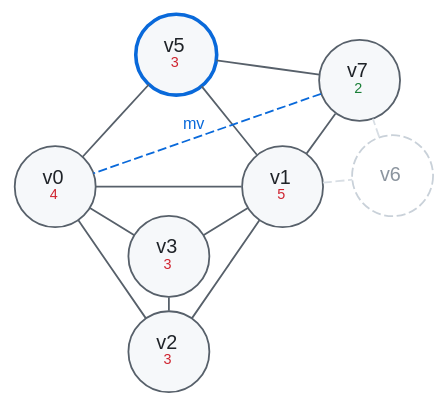
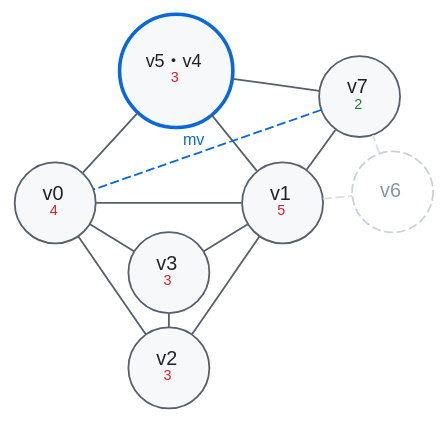
Before and after one commit to aita/CompLab: the diagram in Sable/compiler/doc/figures/wt-3-coalesce.dot, drawn with Graphviz. The commit also changed 8 other files, not shown here.

```diff
--- a/Sable/compiler/doc/figures/wt-3-coalesce.dot
+++ b/Sable/compiler/doc/figures/wt-3-coalesce.dot
@@ -1,37 +1,37 @@
 // One state of the worked example in doc/regalloc.md section 7.  K is 3.
 // The graph, the degrees and the order of the steps all come from
 // tests/walkthrough.exe; nothing here was worked out by hand.
 //
 // The wt-*.dot files share the style block and the pinned positions below;
 // keep them in step, or a node will jump from one panel to the next.
 // Render with ./render.sh (needs graphviz).
 graph wt {
   layout = neato;
   overlap = false;
   splines = true;
   bgcolor = "transparent";
   node [shape = circle, style = filled, fillcolor = "#f6f8fa",
         color = "#57606a", fontcolor = "#1f2328",
         fontname = "Helvetica", fontsize = 11, width = 0.62, fixedsize = true];
   edge [color = "#57606a", dir = none, fontname = "Helvetica", fontsize = 9];
   v0 [label = <v0<BR/><FONT POINT-SIZE="8" COLOR="#cf222e">4</FONT>>, fillcolor = "#f6f8fa", color = "#57606a" pos = "-1.55,0.1!"];
   v1 [label = <v1<BR/><FONT POINT-SIZE="8" COLOR="#cf222e">5</FONT>>, fillcolor = "#f6f8fa", color = "#57606a" pos = "1.55,0.1!"];
   v2 [label = <v2<BR/><FONT POINT-SIZE="8" COLOR="#cf222e">3</FONT>>, fillcolor = "#f6f8fa", color = "#57606a" pos = "0,-2.15!"];
   v3 [label = <v3<BR/><FONT POINT-SIZE="8" COLOR="#cf222e">3</FONT>>, fillcolor = "#f6f8fa", color = "#57606a" pos = "0,-0.85!"];
-  v5 [label = <v5<BR/><FONT POINT-SIZE="8" COLOR="#cf222e">3</FONT>>, fillcolor = "#f6f8fa", color = "#0969da", penwidth = 2 pos = "0.1,1.9!"];
+  v5 [width = 0.88, fontsize = 10, label = <v5・v4<BR/><FONT POINT-SIZE="8" COLOR="#cf222e">3</FONT>>, fillcolor = "#f6f8fa", color = "#0969da", penwidth = 2 pos = "0.1,1.9!"];
   v7 [label = <v7<BR/><FONT POINT-SIZE="8" COLOR="#1a7f37">2</FONT>>, fillcolor = "#f6f8fa", color = "#57606a" pos = "2.6,1.55!"];
   v6 [label = <<FONT COLOR="#8c959f">v6</FONT>>, style = "filled,dashed", fillcolor = "#ffffff", color = "#c9d1d9" pos = "3.05,0.25!"];
   v0 -- v1 [color = "#57606a"];
   v0 -- v2 [color = "#57606a"];
   v0 -- v3 [color = "#57606a"];
   v0 -- v5 [color = "#57606a"];
   v1 -- v2 [color = "#57606a"];
   v1 -- v3 [color = "#57606a"];
   v1 -- v5 [color = "#57606a"];
   v1 -- v6 [color = "#d8dee4", style = dashed];
   v1 -- v7 [color = "#57606a"];
   v2 -- v3 [color = "#57606a"];
   v5 -- v7 [color = "#57606a"];
   v6 -- v7 [color = "#d8dee4", style = dashed];
   v7 -- v0 [style = dashed, color = "#0969da", label = "mv", fontcolor = "#0969da"];
 }
```
